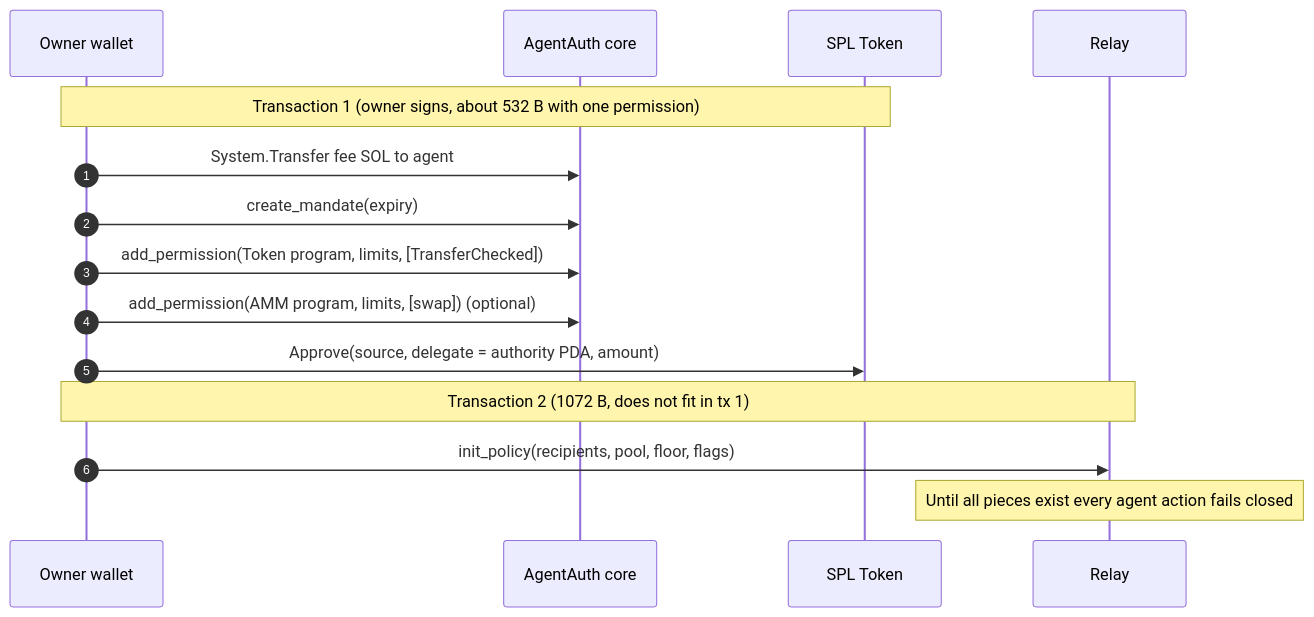
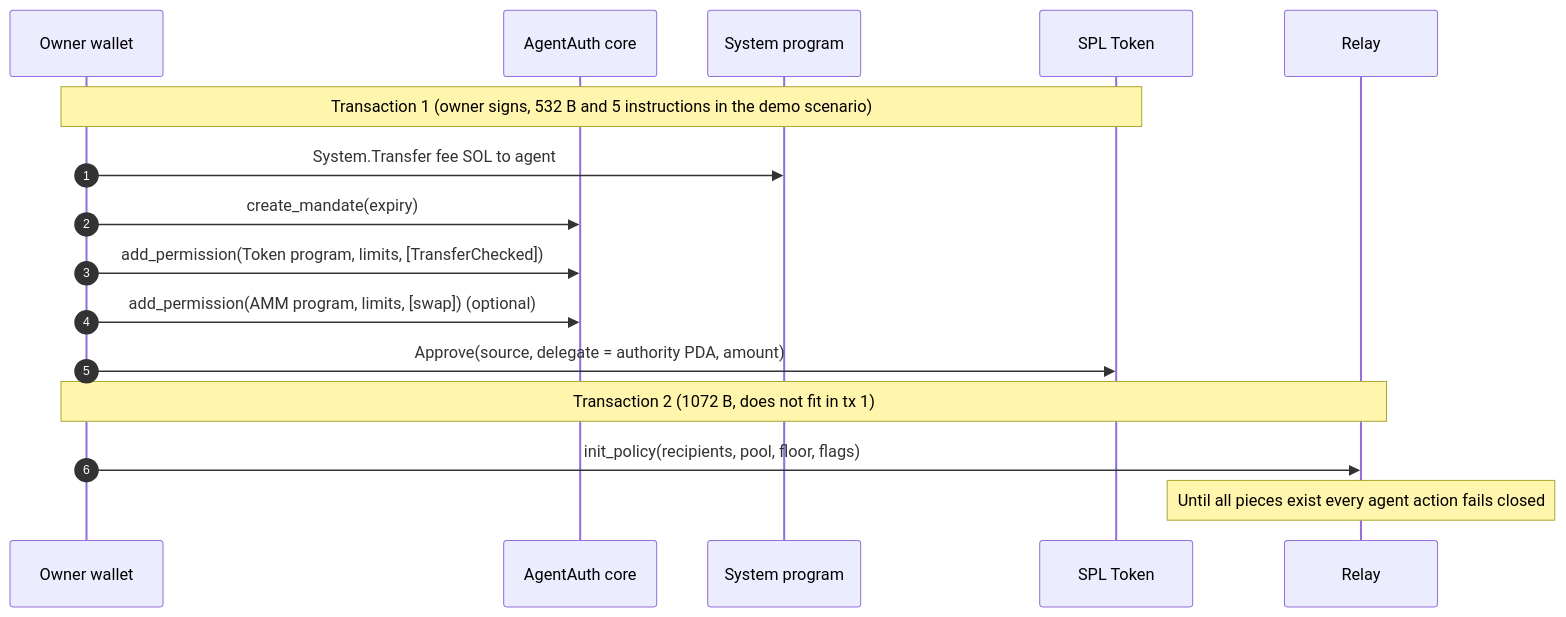
Before and after one commit to Turbin3/accel-AgentAuth: the third of 5 diagrams in docs/ARCHITECTURE.md, drawn with Mermaid. The commit also changed other lines of this file and 7 other files, not shown here.

Commit message:
docs: benchmarks from final metrics (re-run numbers, gate/re-run differences flagged, live-cluster rent), spec/integrating/architecture conformance fixes with re-rendered diagrams

````diff
--- a/docs/ARCHITECTURE.md
+++ b/docs/ARCHITECTURE.md
@@ -84,17 +84,18 @@
 ```mermaid
 sequenceDiagram
   autonumber
   participant O as Owner wallet
   participant C as AgentAuth core
+  participant Y as System program
   participant T as SPL Token
   participant R as Relay
-  Note over O,T: Transaction 1 (owner signs, about 532 B with one permission)
-  O->>C: System.Transfer fee SOL to agent
+  Note over O,T: Transaction 1 (owner signs, 532 B and 5 instructions in the demo scenario)
+  O->>Y: System.Transfer fee SOL to agent
   O->>C: create_mandate(expiry)
   O->>C: add_permission(Token program, limits, [TransferChecked])
   O->>C: add_permission(AMM program, limits, [swap]) (optional)
   O->>T: Approve(source, delegate = authority PDA, amount)
   Note over O,R: Transaction 2 (1072 B, does not fit in tx 1)
   O->>R: init_policy(recipients, pool, floor, flags)
   Note over R: Until all pieces exist every agent action fails closed
 ```
````
